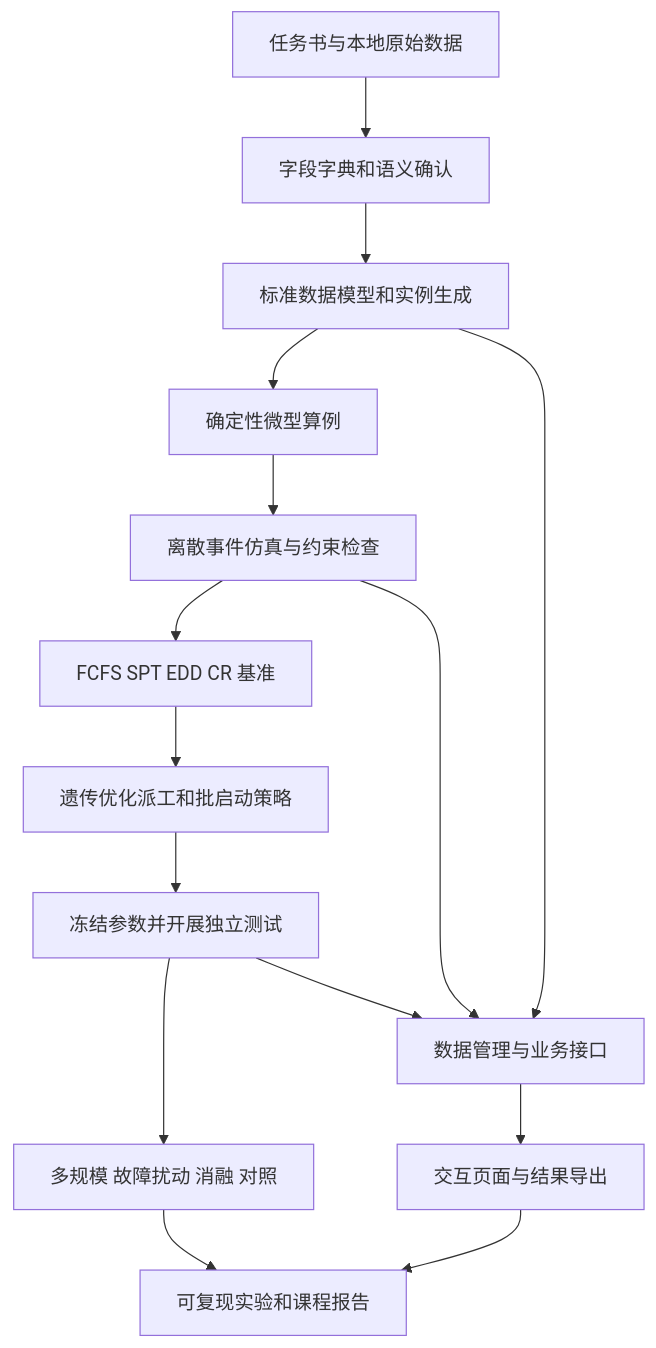
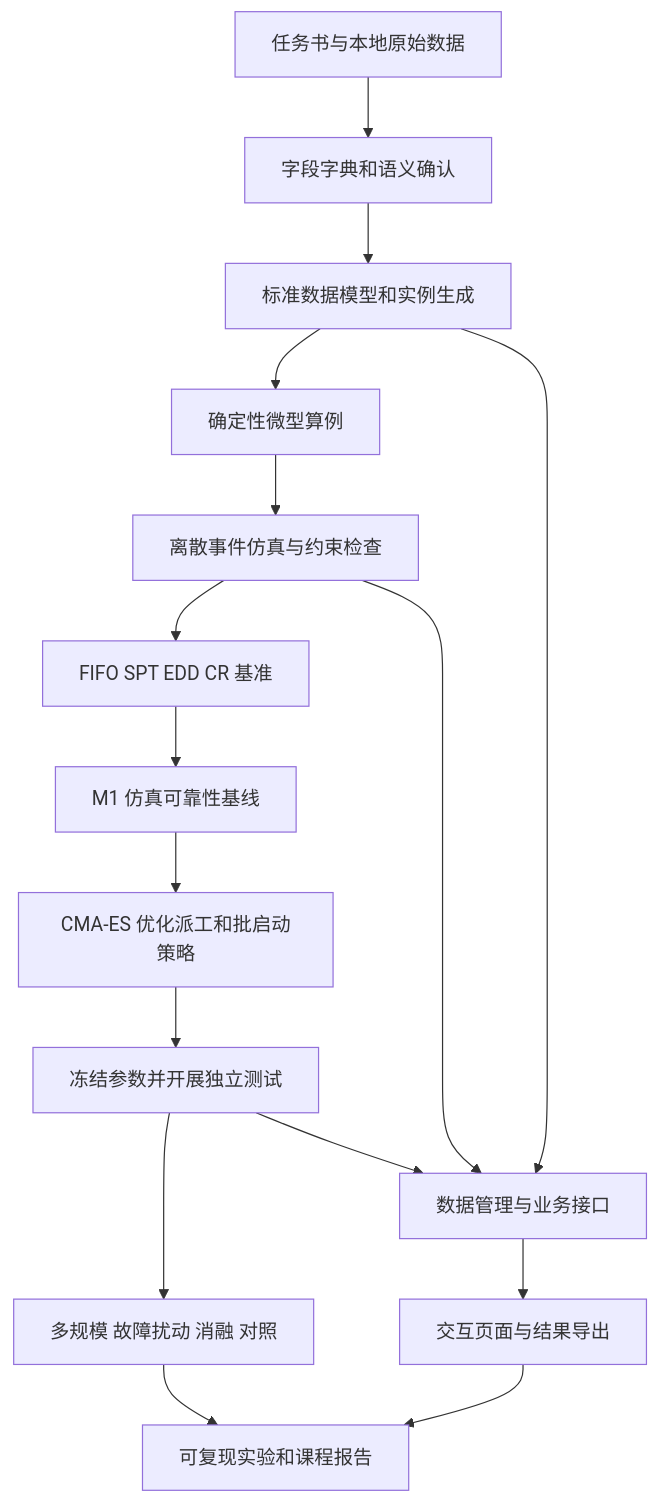
Before and after one commit to Jamlet-T/semiconductor-scheduling-course-design: the diagram in 03-实施方案/课程设计完整实施方案.md, drawn with Mermaid. The commit also changed other lines of this file and 13 other files, not shown here.

````diff
--- a/03-实施方案/课程设计完整实施方案.md
+++ b/03-实施方案/课程设计完整实施方案.md
@@ -83,17 +83,18 @@
 ```mermaid
 flowchart TD
     A[任务书与本地原始数据] --> B[字段字典和语义确认]
     B --> C[标准数据模型和实例生成]
     C --> D[确定性微型算例]
     D --> E[离散事件仿真与约束检查]
-    E --> F[FCFS SPT EDD CR 基准]
-    F --> G[遗传优化派工和批启动策略]
+    E --> F[FIFO SPT EDD CR 基准]
+    F --> M[M1 仿真可靠性基线]
+    M --> G[CMA-ES 优化派工和批启动策略]
     G --> H[冻结参数并开展独立测试]
     H --> I[多规模 故障扰动 消融 对照]
     C --> J[数据管理与业务接口]
     E --> J
     H --> J
     J --> K[交互页面与结果导出]
     I --> L[可复现实验和课程报告]
     K --> L
 ```
````
